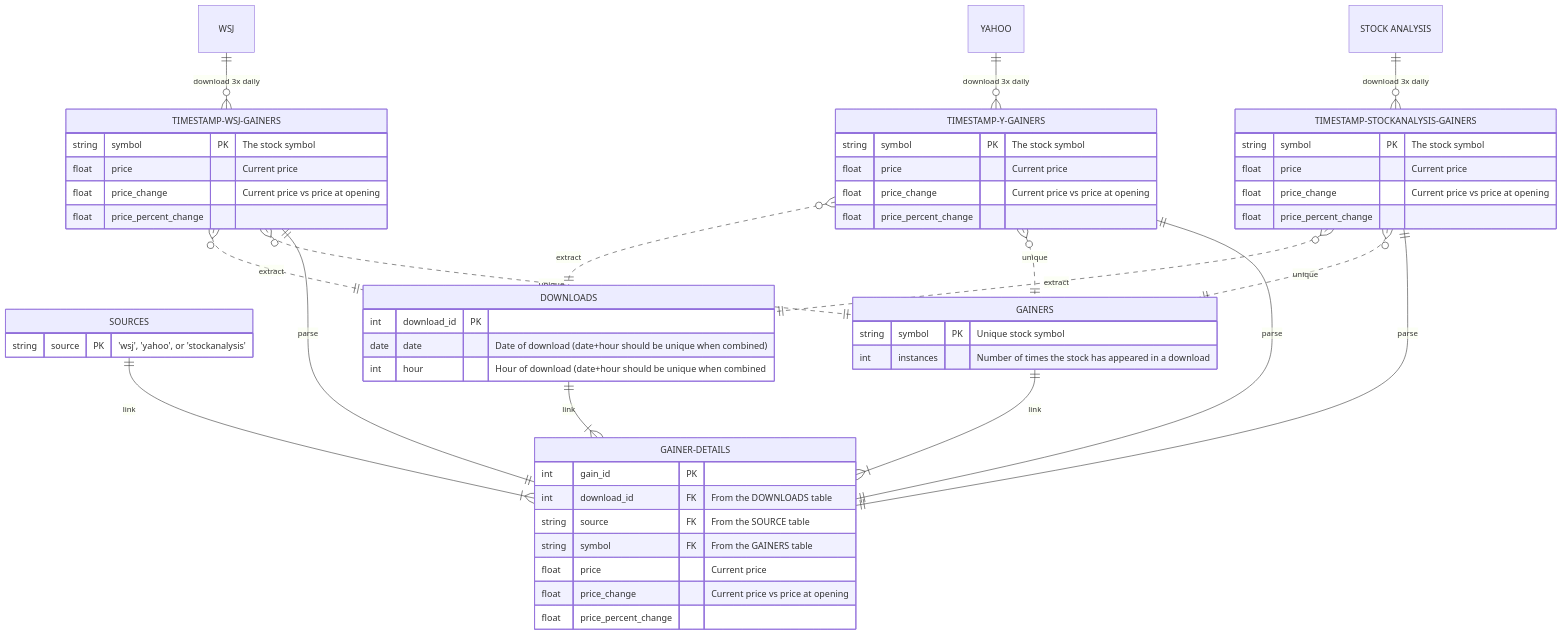
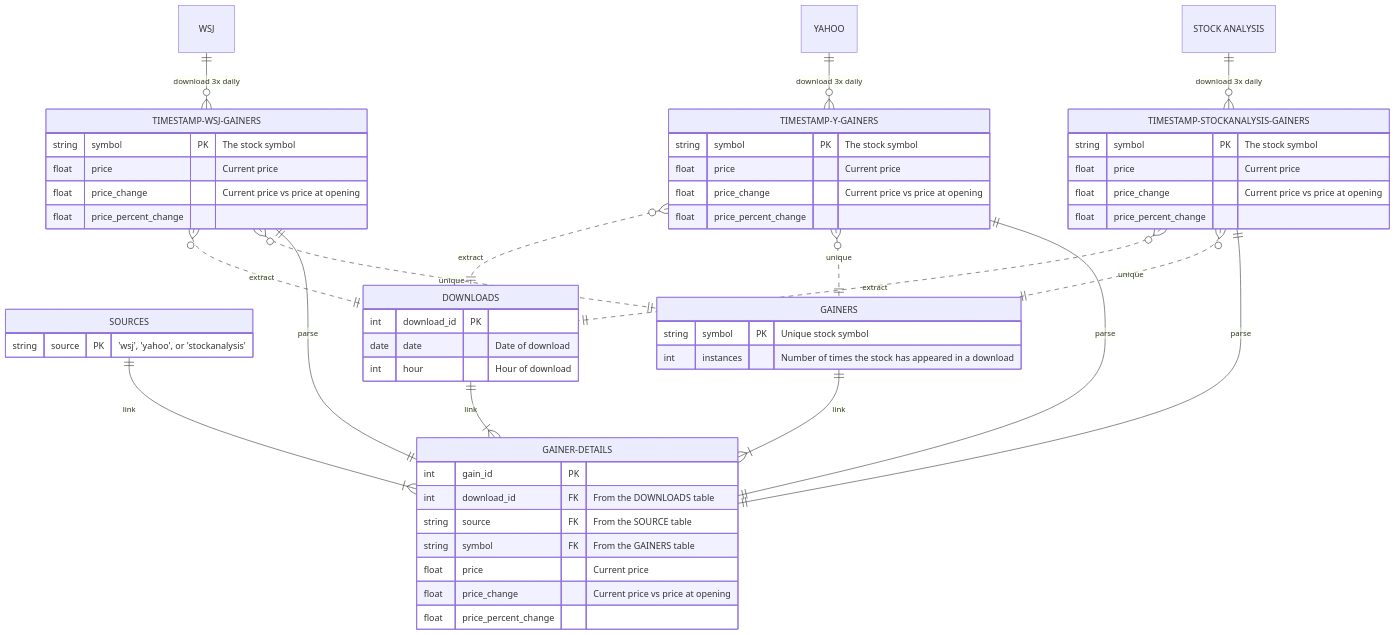
Before and after one commit to KazBarker/SP25_DS5111_nrg6cb: the diagram in ERD/ERD.md, drawn with Mermaid.

````diff
--- a/ERD/ERD.md
+++ b/ERD/ERD.md
@@ -2,64 +2,65 @@
 ```mermaid
 erDiagram
     WSJ only one to zero or more TIMESTAMP-WSJ-GAINERS : "download 3x daily"
     YAHOO only one to zero or more TIMESTAMP-Y-GAINERS : "download 3x daily"
     "STOCK ANALYSIS" only one to zero or more TIMESTAMP-STOCKANALYSIS-GAINERS : "download 3x daily"
     
     TIMESTAMP-WSJ-GAINERS {
         string symbol PK "The stock symbol"
         float price "Current price"
         float price_change "Current price vs price at opening"
         float price_percent_change
     }
     TIMESTAMP-Y-GAINERS {
         string symbol PK "The stock symbol"
         float price "Current price"
         float price_change "Current price vs price at opening"
         float price_percent_change
     }
     TIMESTAMP-STOCKANALYSIS-GAINERS {
         string symbol PK "The stock symbol"
         float price "Current price"
         float price_change "Current price vs price at opening"
         float price_percent_change
     }
+
     SOURCES {
         string source PK "'wsj', 'yahoo', or 'stockanalysis'"
     }
  
     TIMESTAMP-WSJ-GAINERS many optionally to only one DOWNLOADS : "extract"
     TIMESTAMP-Y-GAINERS many optionally to only one DOWNLOADS : "extract"
     TIMESTAMP-STOCKANALYSIS-GAINERS many optionally to only one DOWNLOADS : "extract"
 
     DOWNLOADS {
         int download_id PK
-        date date "Date of download (date+hour should be unique when combined)"
-        int hour "Hour of download (date+hour should be unique when combined"
+        date date "Date of download"
+        int hour "Hour of download"
     }
 
     TIMESTAMP-WSJ-GAINERS many optionally to only one GAINERS : "unique"
     TIMESTAMP-Y-GAINERS many optionally to only one GAINERS : "unique"
     TIMESTAMP-STOCKANALYSIS-GAINERS many optionally to only one GAINERS : "unique"
 
     GAINERS {
         string symbol PK "Unique stock symbol"
         int instances "Number of times the stock has appeared in a download"
     }
 
     DOWNLOADS one to one or more GAINER-DETAILS : "link"
     SOURCES one to one or more GAINER-DETAILS : "link"
     GAINERS one to one or more GAINER-DETAILS : "link"
     TIMESTAMP-WSJ-GAINERS one to one GAINER-DETAILS : "parse"
     TIMESTAMP-Y-GAINERS one to one GAINER-DETAILS : "parse"
     TIMESTAMP-STOCKANALYSIS-GAINERS one to one GAINER-DETAILS : "parse"
 
     GAINER-DETAILS {
         int gain_id PK
         int download_id FK "From the DOWNLOADS table"
         string source FK "From the SOURCE table"
         string symbol FK "From the GAINERS table"
         float price "Current price"
         float price_change "Current price vs price at opening"
         float price_percent_change
     }
 ```
````
